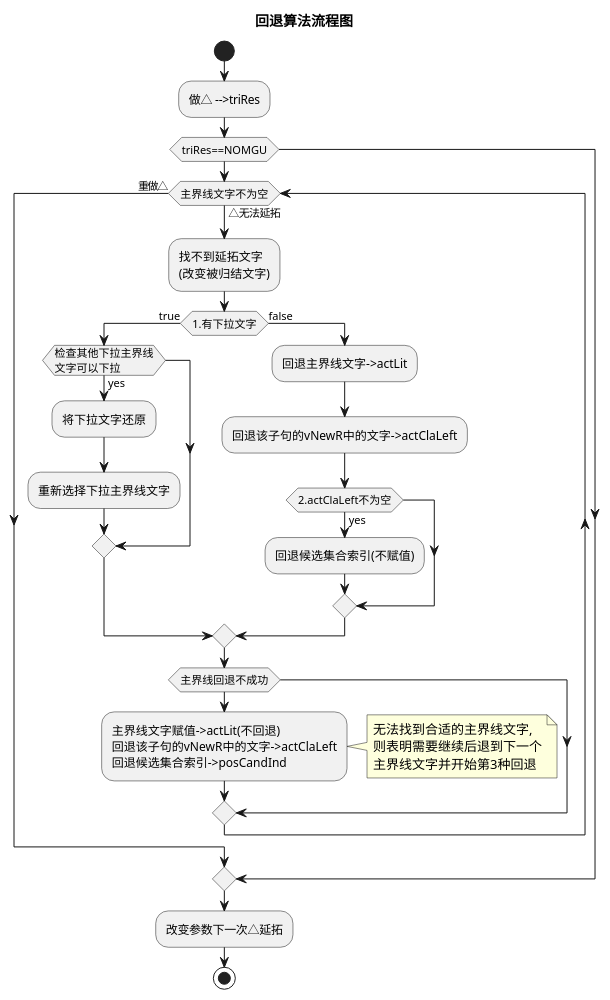
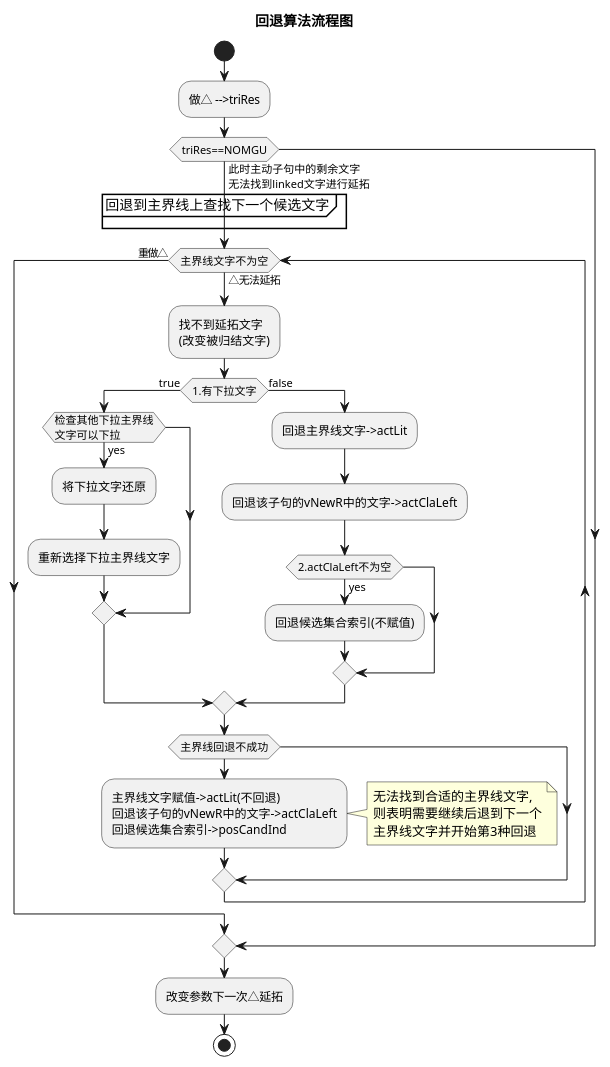
Before and after one commit to JAYZY/CoE: the diagram in CoProver/test.puml, drawn with PlantUML. The commit also changed 17 other files, not shown here.

```diff
--- a/CoProver/test.puml
+++ b/CoProver/test.puml
@@ -7,35 +7,39 @@
 @startuml
 title 回退算法流程图
 start
 
 :做△ -->triRes;
-if (triRes==NOMGU) then
+if (triRes==NOMGU) then (此时主动子句中的剩余文字\n无法找到linked文字进行延拓)
+
+    partition 回退到主界线上查找下一个候选文字{  
+           
+    }
     while (主界线文字不为空) is (△无法延拓)
         :找不到延拓文字\n(改变被归结文字);
         if (1.有下拉文字) then (true)
             if (检查其他下拉主界线\n文字可以下拉) then (yes)
                 :将下拉文字还原; 
                 :重新选择下拉主界线文字;        
             endif    
         else(false)
             :回退主界线文字->actLit;
             :回退该子句的vNewR中的文字->actClaLeft;    
             if (2.actClaLeft不为空) then (yes)
                 :回退候选集合索引(不赋值);
             endif
         endif
         
         if (主界线回退不成功) then
             :主界线文字赋值->actLit(不回退)\n回退该子句的vNewR中的文字->actClaLeft\n回退候选集合索引->posCandInd;
              note right
                     无法找到合适的主界线文字,
                     则表明需要继续后退到下一个
                     主界线文字并开始第3种回退
             end note
         endif 
     endwhile (重做△)
 endif
 :改变参数下一次△延拓;
 
 stop 
 @enduml
```
